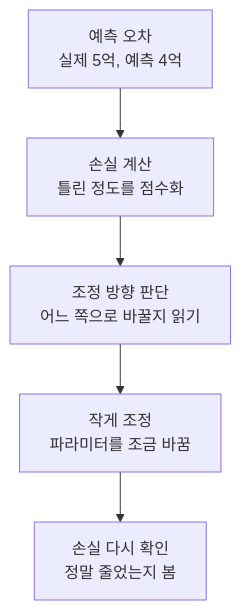
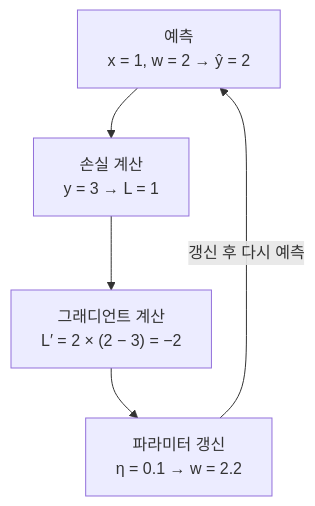
One commit to devchan64/AiBook changed the diagram in docs/assets/part-02/chapter-04/learning-adjustment-flow-ko.mmd. Above: the diagram before and after it, drawn with Mermaid. The commit also changed 7 other files, not shown here.

```diff
--- a/docs/assets/part-02/chapter-04/learning-adjustment-flow-ko.mmd
+++ b/docs/assets/part-02/chapter-04/learning-adjustment-flow-ko.mmd
@@ -1,8 +1,7 @@
 flowchart TD
-  A["예측 오차<br/>실제 5억, 예측 4억"]
-  B["손실 계산<br/>틀린 정도를 점수화"]
-  C["조정 방향 판단<br/>어느 쪽으로 바꿀지 읽기"]
-  D["작게 조정<br/>파라미터를 조금 바꿈"]
-  E["손실 다시 확인<br/>정말 줄었는지 봄"]
-
-  A --> B --> C --> D --> E
+  A["예측<br/>x = 1, w = 2 → ŷ = 2"]
+  B["손실 계산<br/>y = 3 → L = 1"]
+  C["그래디언트 계산<br/>L′ = 2 × (2 − 3) = −2"]
+  D["파라미터 갱신<br/>η = 0.1 → w = 2.2"]
+  A --> B --> C --> D
+  D -->|"갱신 후 다시 예측"| A
```
